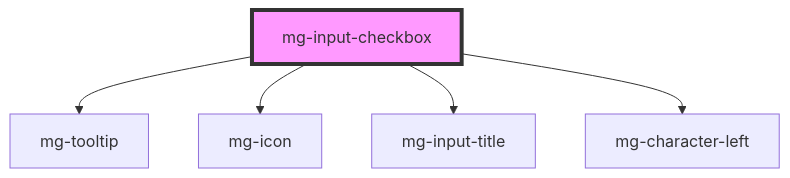
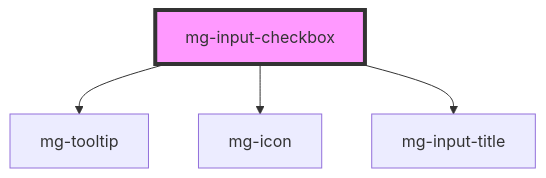
The diagram in src/components/molecules/inputs/mg-input-checkbox/readme.md (MGDIS/mg-components), drawn with Mermaid before and after one commit. The commit also changed other lines of this file and 97 other files, not shown here.

````diff
--- a/src/components/molecules/inputs/mg-input-checkbox/readme.md
+++ b/src/components/molecules/inputs/mg-input-checkbox/readme.md
@@ -68,8 +67,7 @@
 ```mermaid
 graph TD;
   mg-input-checkbox --> mg-tooltip
   mg-input-checkbox --> mg-icon
   mg-input-checkbox --> mg-input-title
-  mg-input-checkbox --> mg-character-left
   style mg-input-checkbox fill:#f9f,stroke:#333,stroke-width:4px
 ```
````
